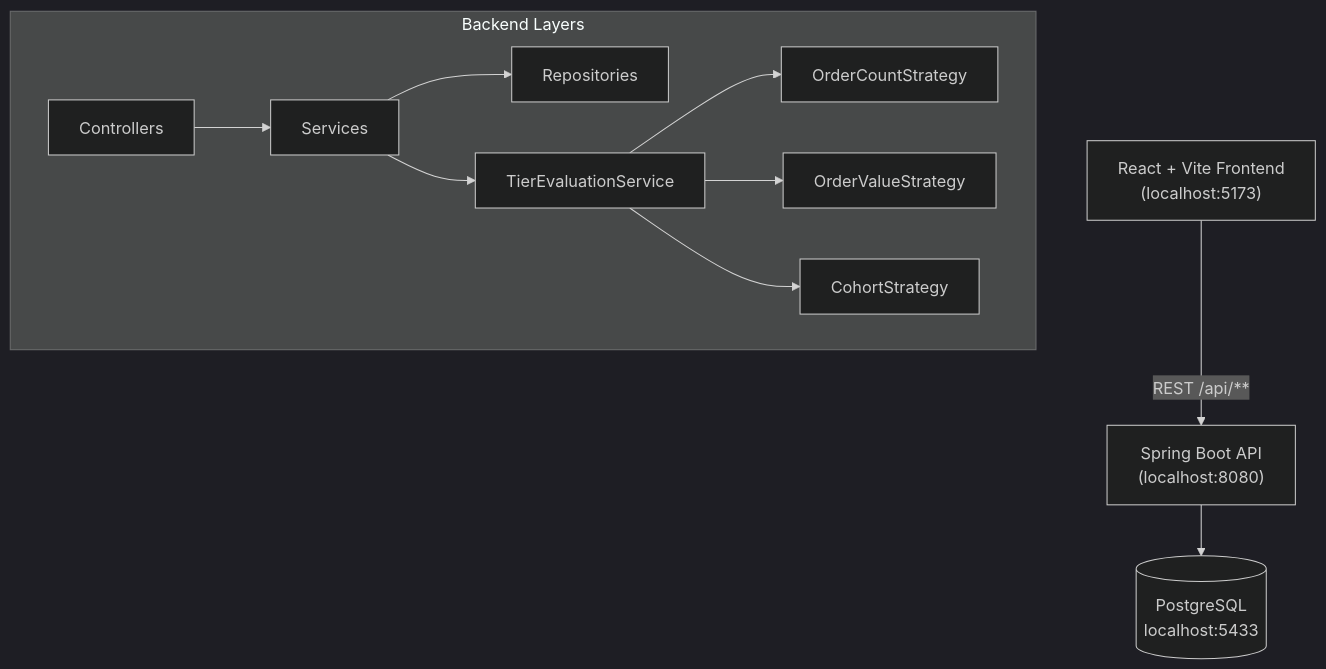
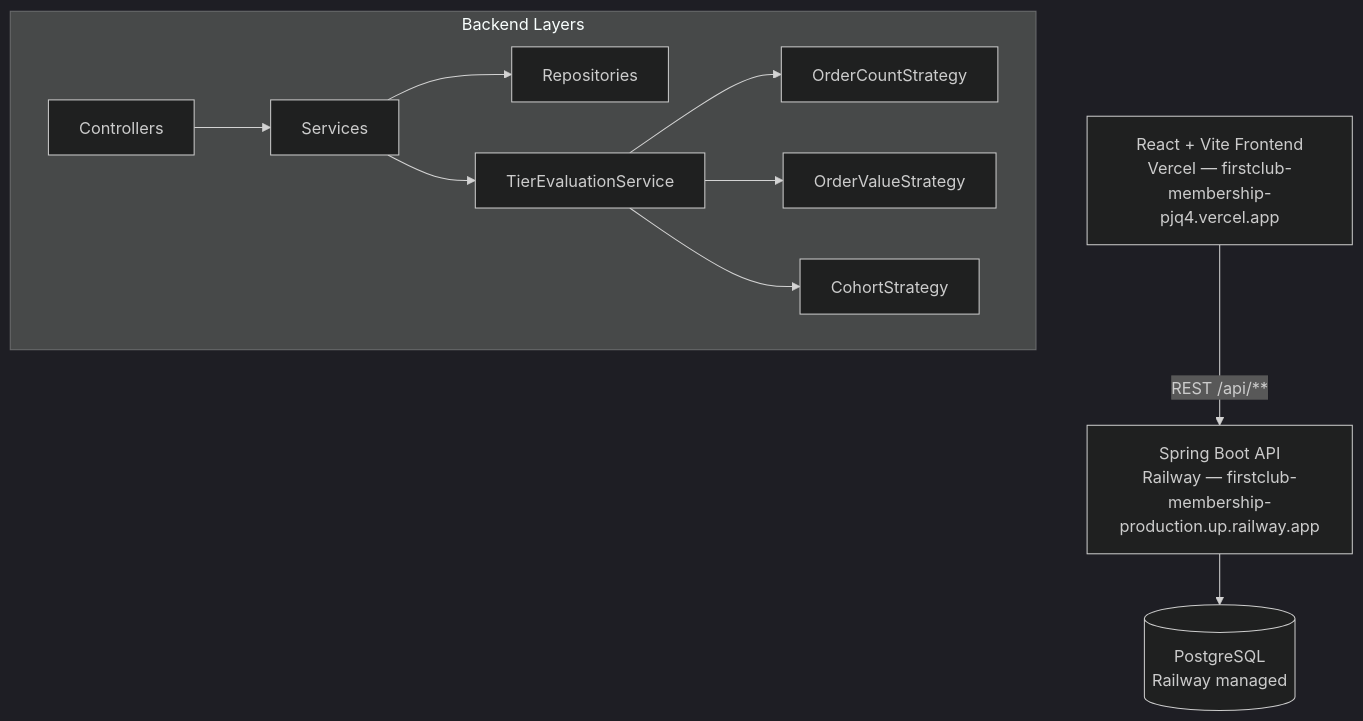
Before and after one commit to Harshit036/firstclub-membership: the diagram in README.md, drawn with Mermaid (dark theme). The commit also changed other lines of this file, not shown here.

````diff
--- a/README.md
+++ b/README.md
@@ -59,18 +72,18 @@
 ```mermaid
 graph TD
-    FE["React + Vite Frontend\n(localhost:5173)"]
-    BE["Spring Boot API\n(localhost:8080)"]
-    DB[(PostgreSQL\nlocalhost:5433)]
+    FE["React + Vite Frontend\nVercel — firstclub-membership-pjq4.vercel.app"]
+    BE["Spring Boot API\nRailway — firstclub-membership-production.up.railway.app"]
+    DB[(PostgreSQL\nRailway managed)]
 
     FE -->|REST /api/**| BE
     BE --> DB
 
     subgraph Backend Layers
         C[Controllers] --> S[Services]
         S --> R[Repositories]
         S --> TS[TierEvaluationService]
         TS --> ST1[OrderCountStrategy]
         TS --> ST2[OrderValueStrategy]
         TS --> ST3[CohortStrategy]
     end
 ```
````
